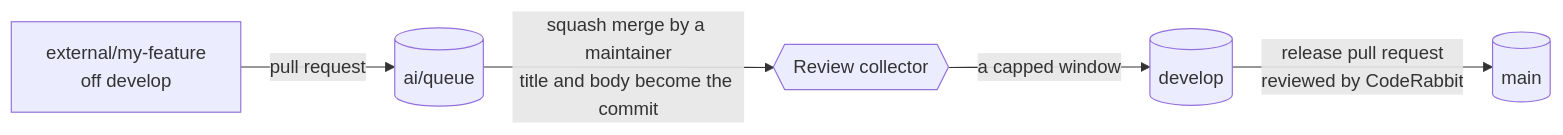
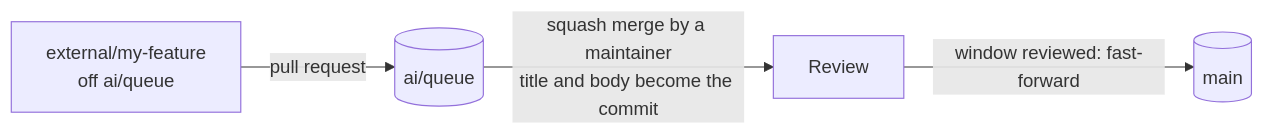
Before and after one commit to Esposter/Esposter: the diagram in CONTRIBUTING.md, drawn with Mermaid. The commit also changed other lines of this file and 475 other files, not shown here.

First line of the commit message:
refactor(scripts): CodeRabbit and the review collector are removed, the review replacing them

````diff
--- a/CONTRIBUTING.md
+++ b/CONTRIBUTING.md
@@ -100,7 +99,6 @@
 ```mermaid
 flowchart LR
-  E[external/my-feature<br/>off develop] -->|pull request| Q[(ai/queue)]
-  Q -->|squash merge by a maintainer<br/>title and body become the commit| C{{Review collector}}
-  C -->|a capped window| D[(develop)]
-  D -->|release pull request<br/>reviewed by CodeRabbit| M[(main)]
+  E[external/my-feature<br/>off ai/queue] -->|pull request| Q[(ai/queue)]
+  Q -->|squash merge by a maintainer<br/>title and body become the commit| R[Review]
+  R -->|window reviewed: fast-forward| M[(main)]
 ```
````
